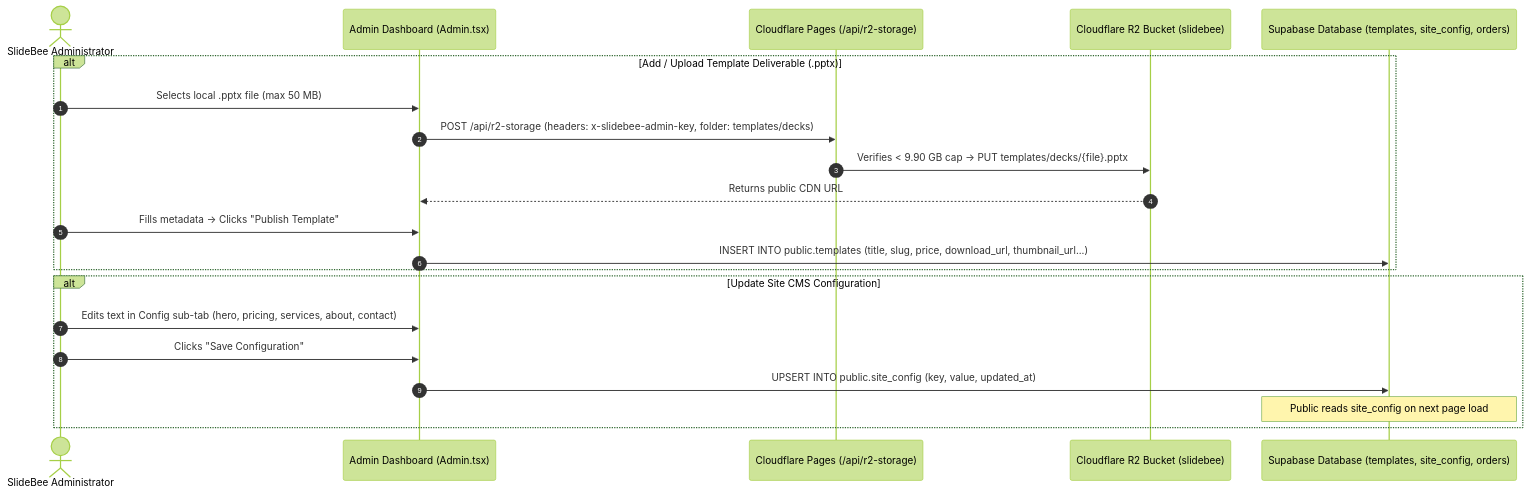
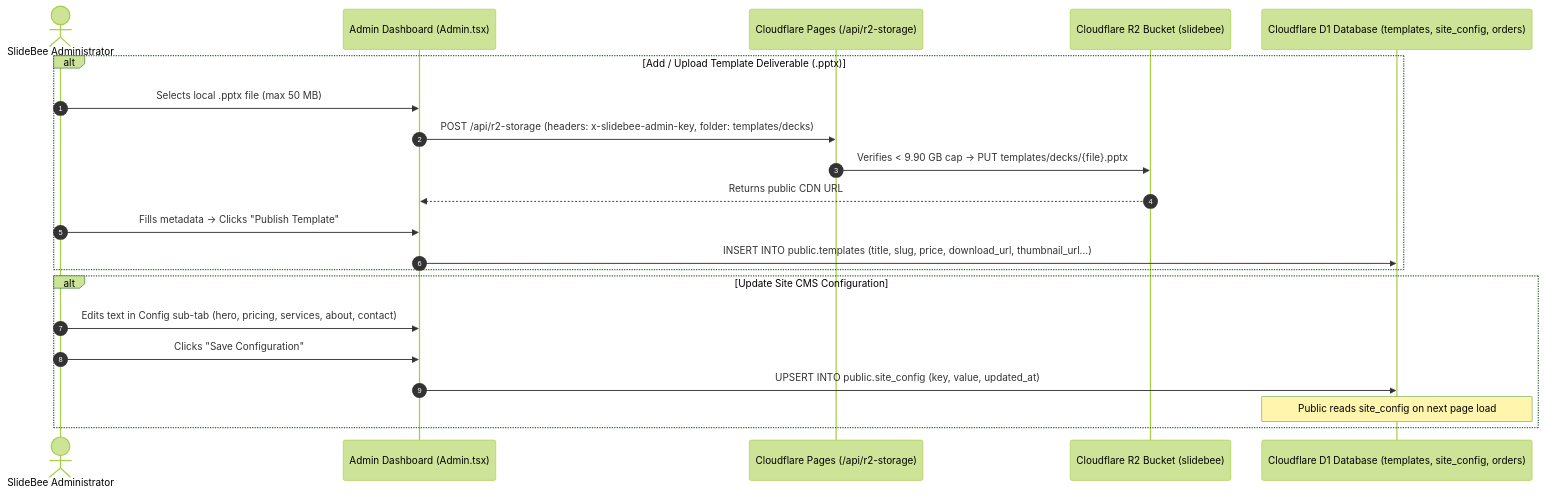
Before and after one commit to theslidebee-afk/slidebee: the fourth of 5 diagrams in architecture.md, drawn with Mermaid (forest theme). The commit also changed other lines of this file and 103 other files, not shown here.

````diff
--- a/architecture.md
+++ b/architecture.md
@@ -129,25 +129,25 @@
 ```mermaid
 sequenceDiagram
     autonumber
     actor Admin as SlideBee Administrator
     participant Panel as Admin Dashboard (Admin.tsx)
     participant R2API as Cloudflare Pages (/api/r2-storage)
     participant R2 as Cloudflare R2 Bucket (slidebee)
-    participant SupaDB as Supabase Database (templates, site_config, orders)
+    participant SupaDB as Cloudflare D1 Database (templates, site_config, orders)
 
     alt Add / Upload Template Deliverable (.pptx)
         Admin->>Panel: Selects local .pptx file (max 50 MB)
         Panel->>R2API: POST /api/r2-storage (headers: x-slidebee-admin-key, folder: templates/decks)
         R2API->>R2: Verifies < 9.90 GB cap -> PUT templates/decks/{file}.pptx
         R2-->>Panel: Returns public CDN URL
         Admin->>Panel: Fills metadata -> Clicks "Publish Template"
         Panel->>SupaDB: INSERT INTO public.templates (title, slug, price, download_url, thumbnail_url...)
     end
 
     alt Update Site CMS Configuration
         Admin->>Panel: Edits text in Config sub-tab (hero, pricing, services, about, contact)
         Admin->>Panel: Clicks "Save Configuration"
         Panel->>SupaDB: UPSERT INTO public.site_config (key, value, updated_at)
         Note over SupaDB: Public reads site_config on next page load
     end
 ```
````
